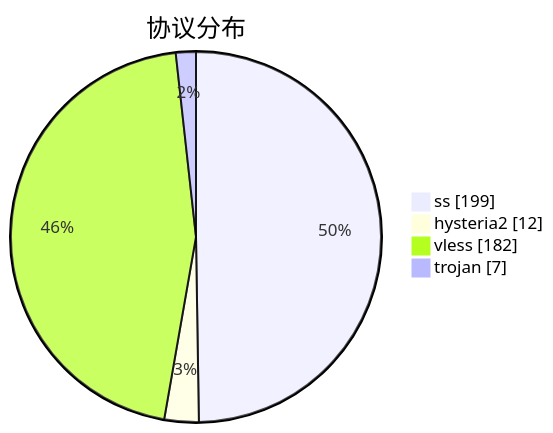
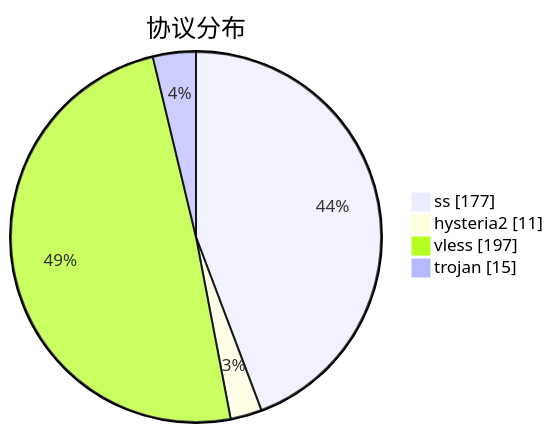
Before and after one commit to qjlxg/airport: the third of 3 diagrams in subs/statistics/tested_within.md, drawn with Mermaid. The commit also changed other lines of this file and 2 other files, not shown here.

````diff
--- a/subs/statistics/tested_within.md
+++ b/subs/statistics/tested_within.md
@@ -17,8 +18,8 @@
 ```mermaid
 pie showData
 title 协议分布
-"ss" : 199
-"hysteria2" : 12
-"vless" : 182
-"trojan" : 7
+"ss" : 177
+"hysteria2" : 11
+"vless" : 197
+"trojan" : 15
 ```
````
